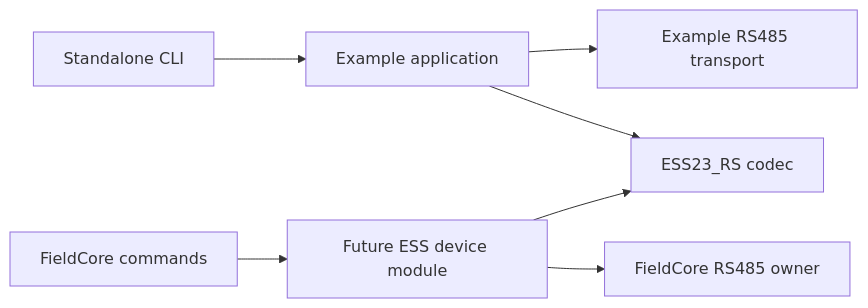
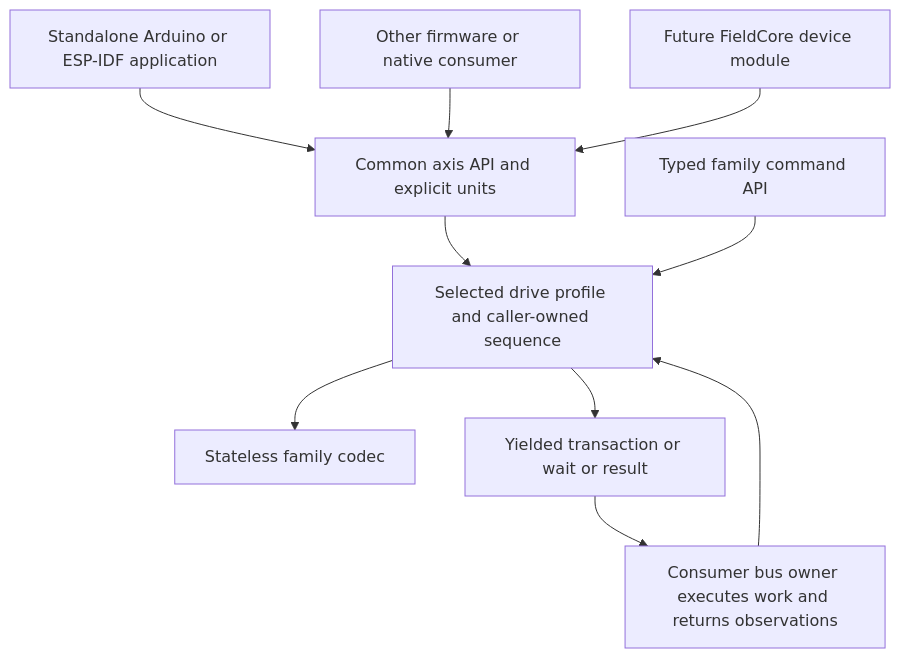
One commit to janhavelka/ESS23-RS changed the diagram in docs/architecture.md. Above: the diagram before and after it, drawn with Mermaid. The commit also changed other lines of this file and 8 other files, not shown here.

Commit message:
Define framework-independent axis and drive profile contracts

````diff
--- a/docs/architecture.md
+++ b/docs/architecture.md
@@ -41,9 +89,12 @@
 ```mermaid
-flowchart LR
-  CLI[Standalone CLI] --> App[Example application]
-  App --> Port[Example RS485 transport]
-  App --> Codec[ESS23_RS codec]
-  Commands[FieldCore commands] --> Module[Future ESS device module]
-  Module --> Owner[FieldCore RS485 owner]
-  Module --> Codec
+flowchart TD
+  Standalone[Standalone Arduino or ESP-IDF application] --> Axis[Common axis API and explicit units]
+  Other[Other firmware or native consumer] --> Axis
+  FieldCore[Future FieldCore device module] --> Axis
+  Axis --> Profile[Selected drive profile and caller-owned sequence]
+  Native[Typed family command API] --> Profile
+  Profile --> Codec[Stateless family codec]
+  Profile --> Work[Yielded transaction or wait or result]
+  Work --> Owner[Consumer bus owner executes work and returns observations]
+  Owner --> Profile
 ```
````
